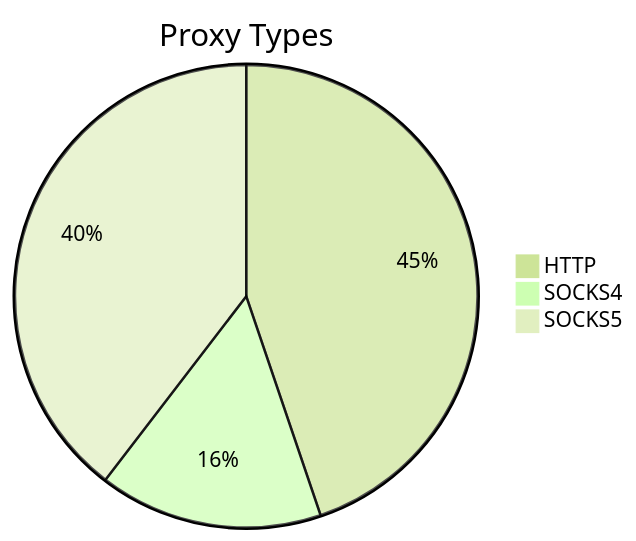
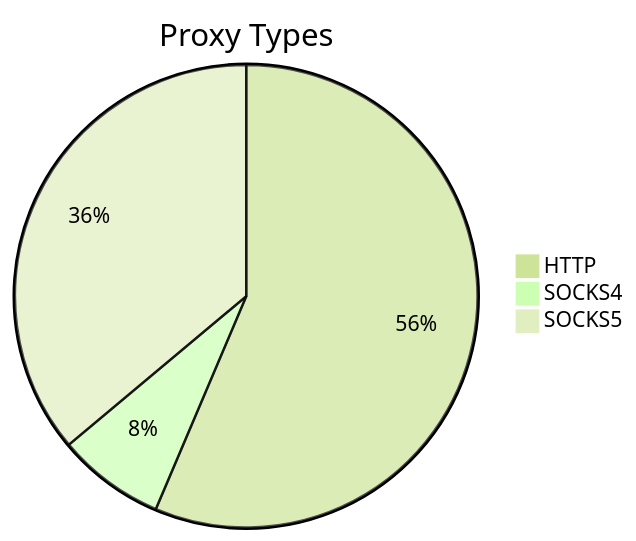
The first of 2 diagrams in README.md (stormsia/proxy-list), drawn with Mermaid (forest theme) before and after one commit. The commit also changed other lines of this file, not shown here.

````diff
--- a/README.md
+++ b/README.md
@@ -21,6 +21,6 @@
 ```mermaid
 pie title Proxy Types
-    "HTTP" : 129
-    "SOCKS4" : 45
-    "SOCKS5" : 114
+    "HTTP" : 150
+    "SOCKS4" : 20
+    "SOCKS5" : 96
 ```
````
